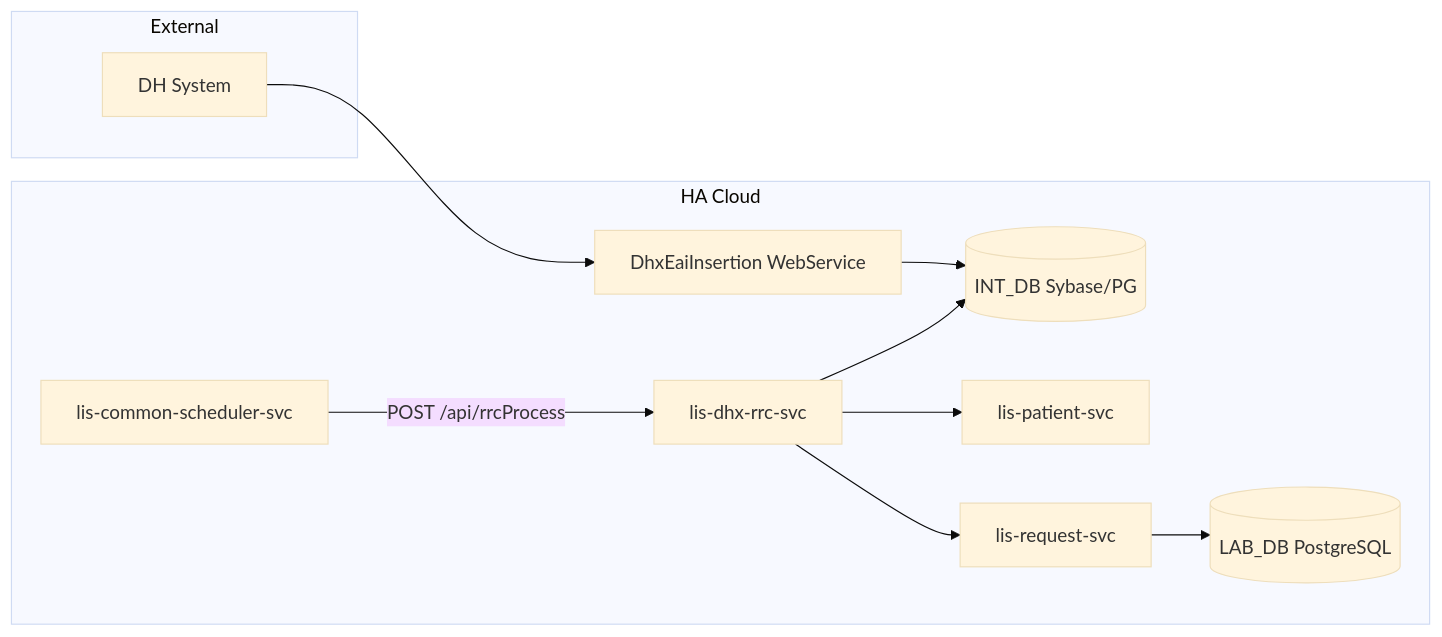
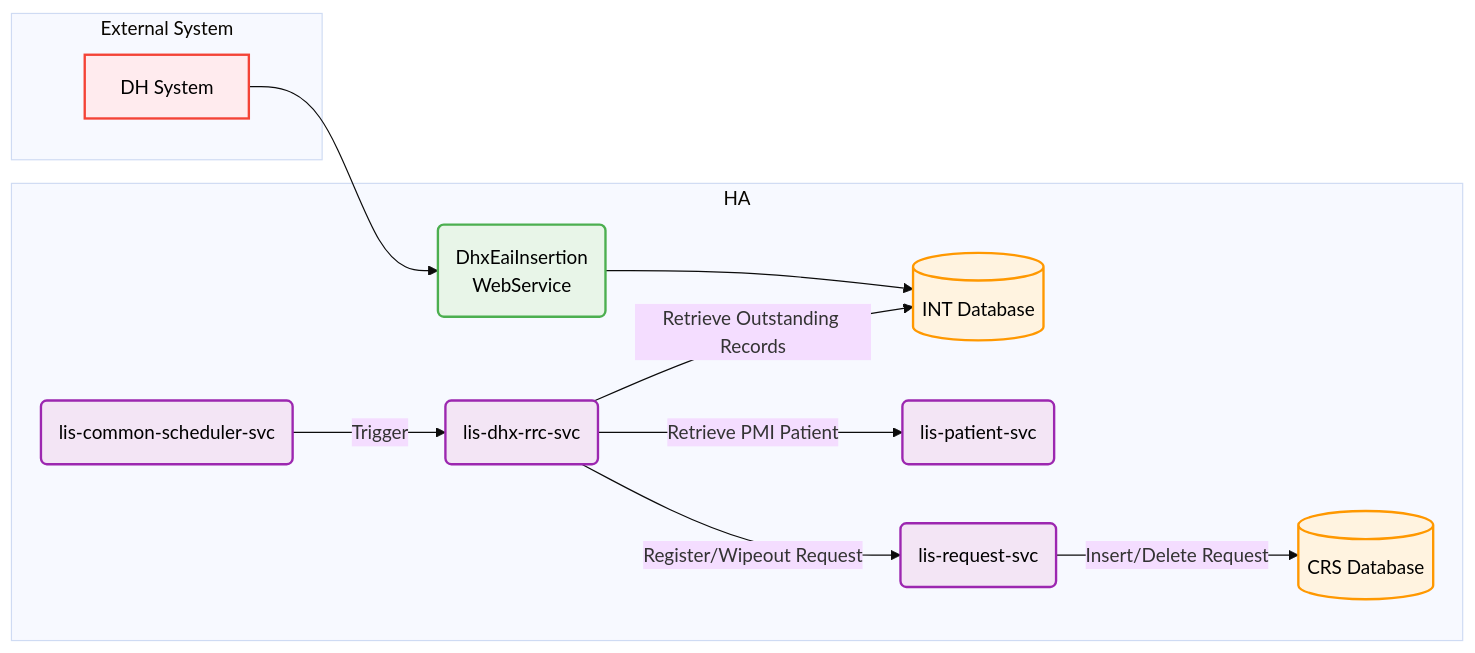
The diagram in LIS/JIRA/Develop lis-dhx-rrc-svc to Replace Legacy RRC Worker.md (DragonChong/HA-Notes), drawn with Mermaid (base theme) before and after one commit.

Commit message:
vault backup: 2026-07-10 14:29:26

````diff
--- a/LIS/JIRA/Develop lis-dhx-rrc-svc to Replace Legacy RRC Worker.md
+++ b/LIS/JIRA/Develop lis-dhx-rrc-svc to Replace Legacy RRC Worker.md
@@ -56,20 +56,34 @@
 ```mermaid
 flowchart LR
-    subgraph External["External"]
-        DH["DH System"]
+    subgraph External["External System"]
+            DH["DH System"]
     end
-    subgraph HA["HA Cloud"]
-        WS["DhxEaiInsertion WebService"]
-        INT_DB[("INT_DB Sybase/PG")]
-        SCH["lis-common-scheduler-svc"]
-        RRC["lis-dhx-rrc-svc"]
-        PAT["lis-patient-svc"]
-        REQ["lis-request-svc"]
-        CRS_DB[("LAB_DB PostgreSQL")]
+    subgraph Internal["HA"]
+            WS("DhxEaiInsertion <br> WebService")
+            INT_DB[("INT Database")]
+            SCH_SVC("lis-common-scheduler-svc")
+            RRC_SVC("lis-dhx-rrc-svc")
+            PAT_SVC("lis-patient-svc")
+            REQ_SVC("lis-request-svc")
+            CRS_DB[("CRS Database")]
     end
-    DH --> WS --> INT_DB
-    SCH -->|POST /api/rrcProcess| RRC
-    RRC --> INT_DB
-    RRC --> PAT
-    RRC --> REQ --> CRS_DB
+    DH --> WS
+    WS --> INT_DB
+    SCH_SVC -- Trigger--> RRC_SVC
+    RRC_SVC -- Retrieve Outstanding Records --> INT_DB
+    RRC_SVC -- Retrieve PMI Patient --> PAT_SVC
+    RRC_SVC -- Register/Wipeout Request --> REQ_SVC
+    REQ_SVC -- Insert/Delete Request --> CRS_DB
+
+    classDef external fill:#ffebee,stroke:#f44336,stroke-width:2px,color:#000
+    classDef internal fill:#e3f2fd,stroke:#2196f3,stroke-width:2px,color:#000
+    classDef webservice fill:#e8f5e8,stroke:#4caf50,stroke-width:2px,color:#000
+    classDef database fill:#fff3e0,stroke:#ff9800,stroke-width:2px,color:#000
+    classDef service fill:#f3e5f5,stroke:#9c27b0,stroke-width:2px,color:#000
+
+    class DH external
+    class WS webservice
+    class INT_DB,CRS_DB database
+    class RRC_SVC,PAT_SVC,REQ_SVC,SCH_SVC service
+
 ```
````
